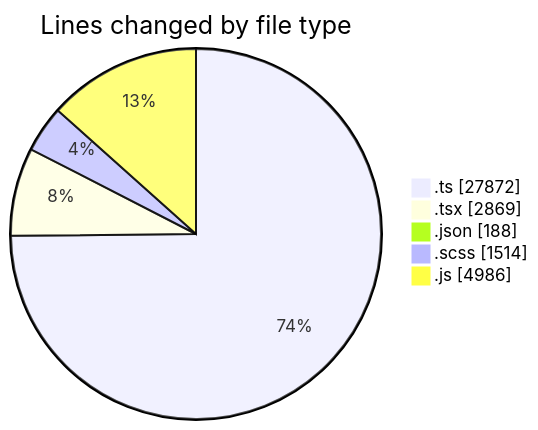
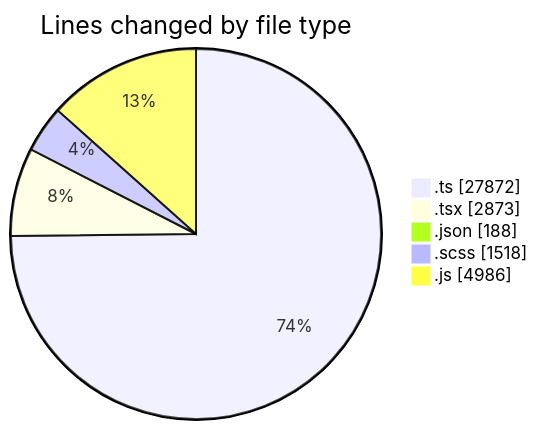
The first of 2 diagrams in 2026-05-07/cda/README.md (momahboobian/code-tracking), drawn with Mermaid before and after one commit. The commit also changed other lines of this file and 1 other file, not shown here.

````diff
--- a/2026-05-07/cda/README.md
+++ b/2026-05-07/cda/README.md
@@ -53,9 +53,9 @@
 ```mermaid
 pie showData
 title Lines changed by file type
 ".ts" : 27872
-".tsx" : 2869
+".tsx" : 2873
 ".json" : 188
-".scss" : 1514
+".scss" : 1518
 ".js" : 4986
 ```
````
